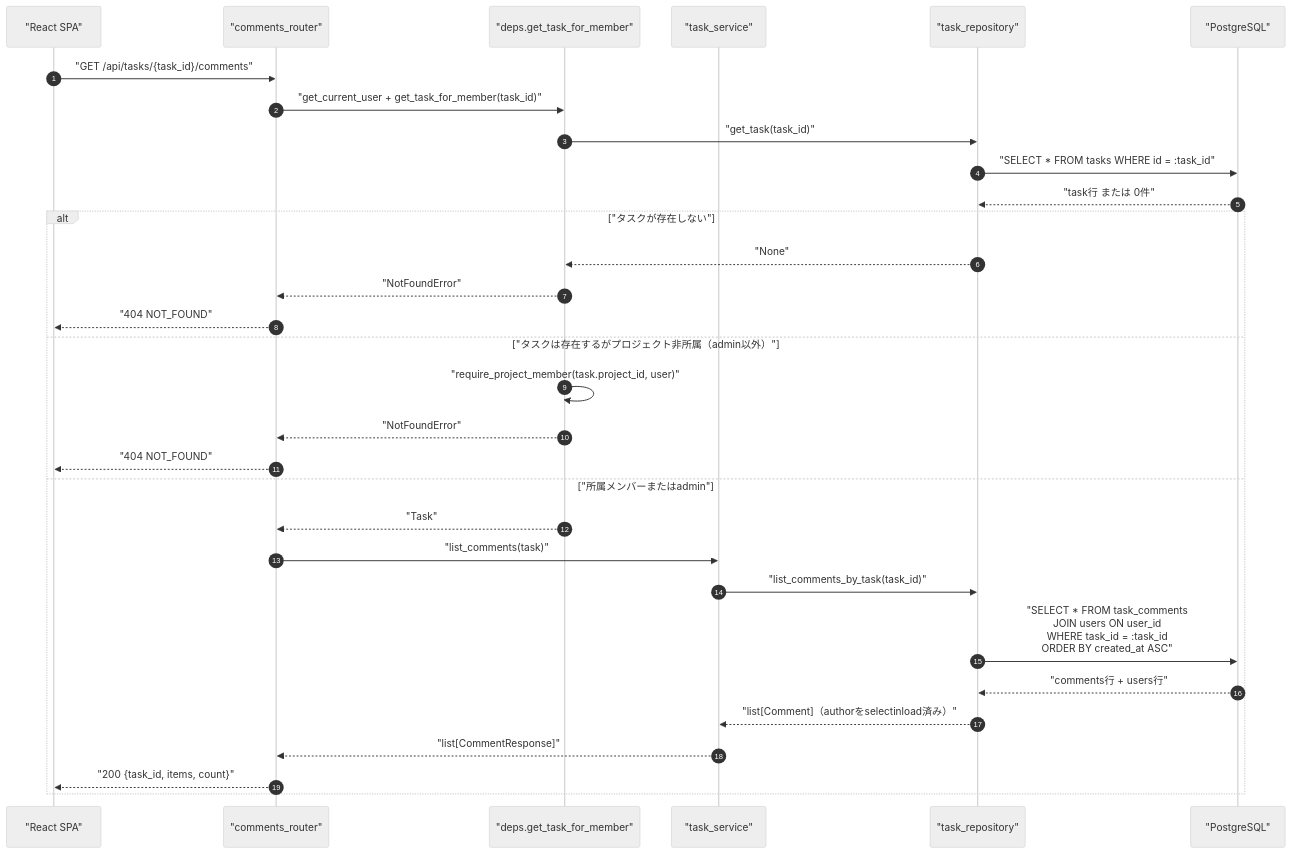
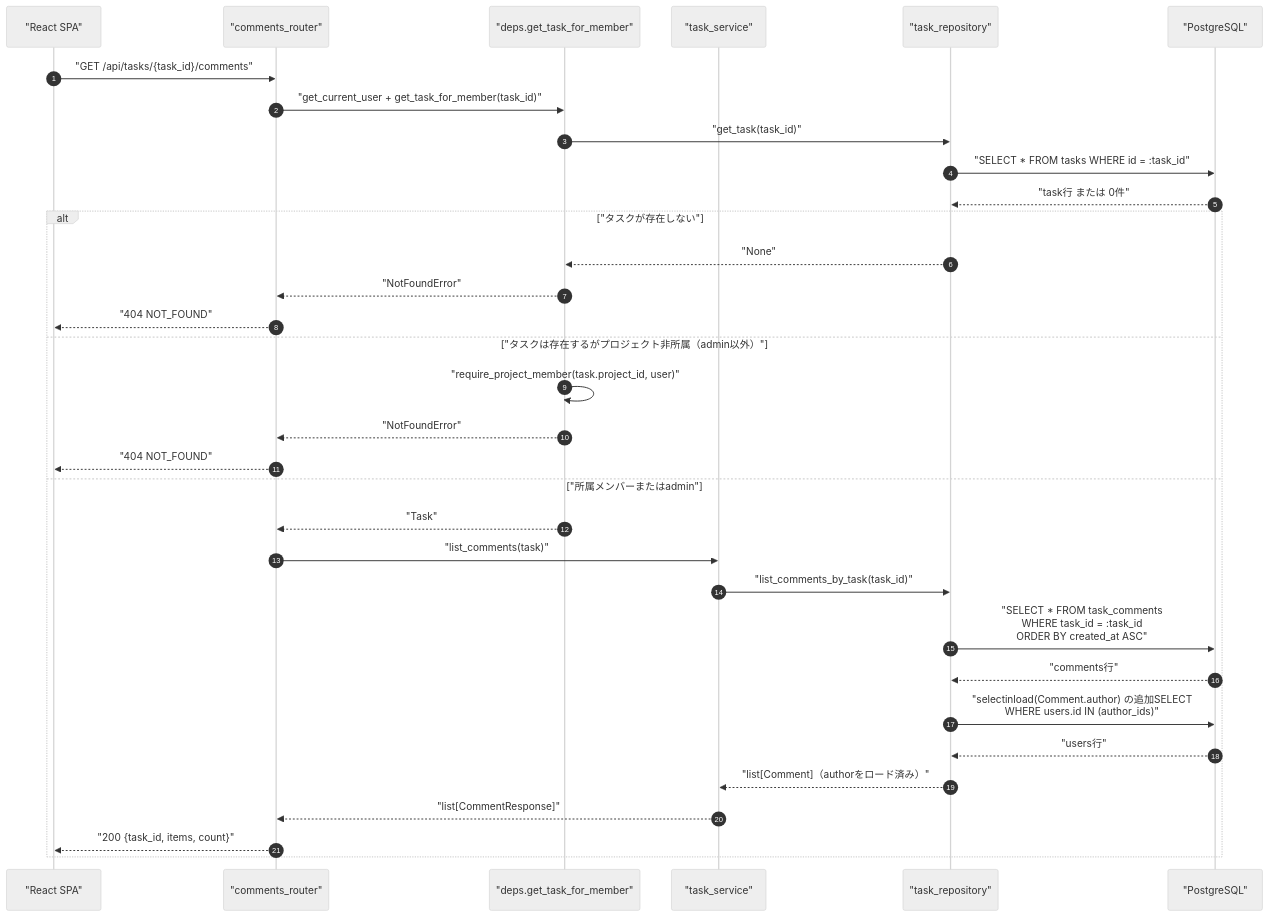
One commit to oikawa-d/task_management changed the first of 4 diagrams in detailed_design/api/tasks/06_get_task_comments.md. Above: the diagram before and after it, drawn with Mermaid (neutral theme). The commit also changed other lines of this file and 22 other files, not shown here.

````diff
--- a/detailed_design/api/tasks/06_get_task_comments.md
+++ b/detailed_design/api/tasks/06_get_task_comments.md
@@ -104,34 +104,36 @@
 ```mermaid
 sequenceDiagram
     autonumber
     participant FE as "React SPA"
     participant R as "comments_router"
     participant D as "deps.get_task_for_member"
     participant S as "task_service"
     participant TR as "task_repository"
     participant PG as "PostgreSQL"
 
     FE->>R: "GET /api/tasks/{task_id}/comments"
     R->>D: "get_current_user + get_task_for_member(task_id)"
     D->>TR: "get_task(task_id)"
     TR->>PG: "SELECT * FROM tasks WHERE id = :task_id"
     PG-->>TR: "task行 または 0件"
     alt "タスクが存在しない"
         TR-->>D: "None"
         D-->>R: "NotFoundError"
         R-->>FE: "404 NOT_FOUND"
     else "タスクは存在するがプロジェクト非所属（admin以外）"
         D->>D: "require_project_member(task.project_id, user)"
         D-->>R: "NotFoundError"
         R-->>FE: "404 NOT_FOUND"
     else "所属メンバーまたはadmin"
         D-->>R: "Task"
         R->>S: "list_comments(task)"
         S->>TR: "list_comments_by_task(task_id)"
-        TR->>PG: "SELECT * FROM task_comments<br/>JOIN users ON user_id<br/>WHERE task_id = :task_id<br/>ORDER BY created_at ASC"
-        PG-->>TR: "comments行 + users行"
-        TR-->>S: "list[Comment]（authorをselectinload済み）"
+        TR->>PG: "SELECT * FROM task_comments<br/>WHERE task_id = :task_id<br/>ORDER BY created_at ASC"
+        PG-->>TR: "comments行"
+        TR->>PG: "selectinload(Comment.author) の追加SELECT<br/>WHERE users.id IN (author_ids)"
+        PG-->>TR: "users行"
+        TR-->>S: "list[Comment]（authorをロード済み）"
         S-->>R: "list[CommentResponse]"
         R-->>FE: "200 {task_id, items, count}"
     end
 ```
````
